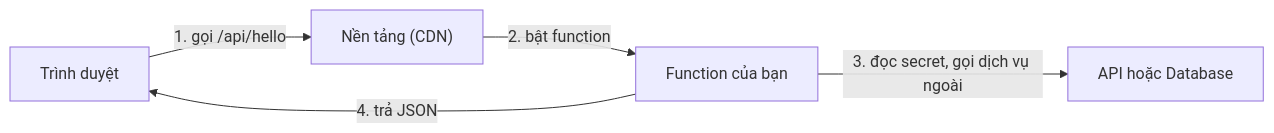
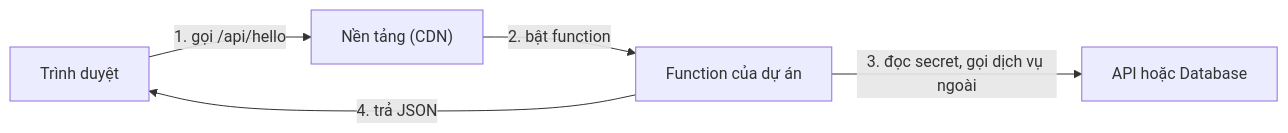
One commit to TienNHM/devops-course changed the diagram in vibe/03-fullstack-serverless.md. Above: the diagram before and after it, drawn with Mermaid. The commit also changed other lines of this file and 100 other files, not shown here.

````diff
--- a/vibe/03-fullstack-serverless.md
+++ b/vibe/03-fullstack-serverless.md
@@ -28,7 +28,7 @@
 ```mermaid
 flowchart LR
   A["Trình duyệt"] -->|"1. gọi /api/hello"| B["Nền tảng (CDN)"]
-  B -->|"2. bật function"| C["Function của bạn"]
+  B -->|"2. bật function"| C["Function của dự án"]
   C -->|"3. đọc secret, gọi dịch vụ ngoài"| D["API hoặc Database"]
   C -->|"4. trả JSON"| A
 ```
````
